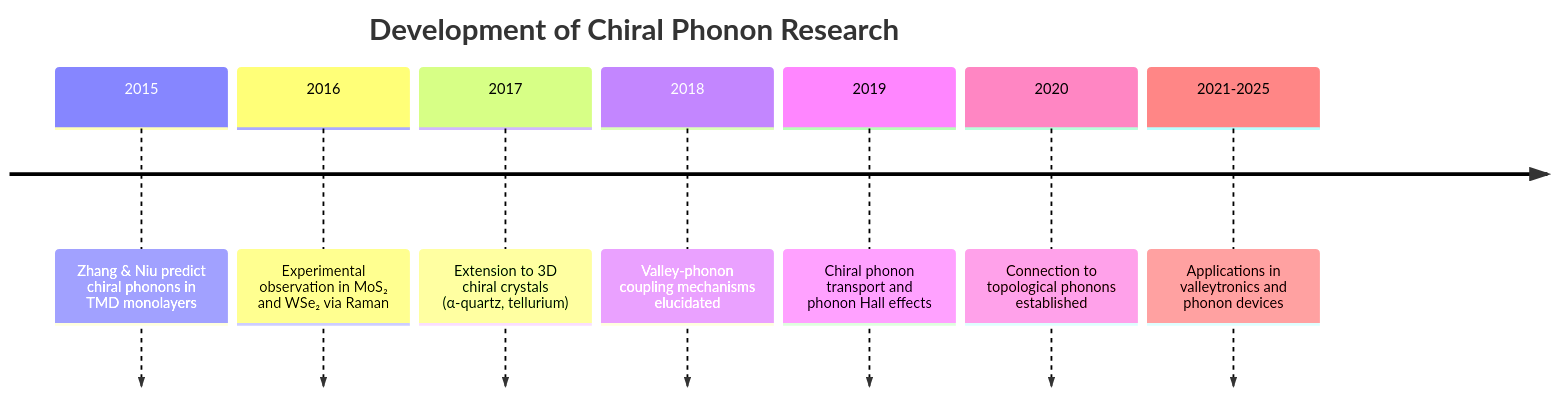
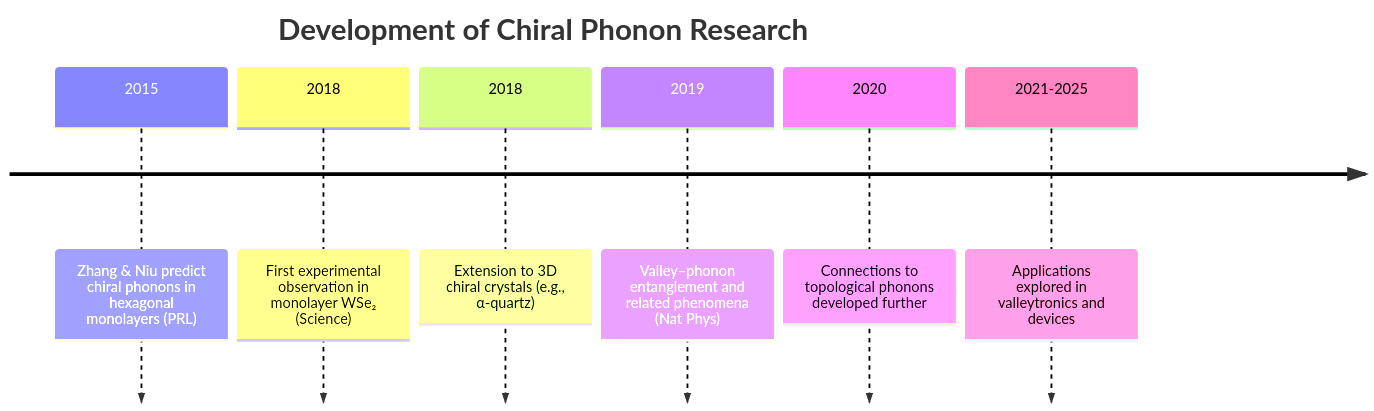
One commit to YusukeHashimotoLab/AI-Knowledge-Notes changed the first of 2 diagrams in knowledge/en/MS/chiral-phonons/chapter-1.md. Above: the diagram before and after it, drawn with Mermaid. The commit also changed other lines of this file and 7 other files, not shown here.

First line of the commit message:
fix(chiral-phonons): Correct factual errors in EN/JP versions

````diff
--- a/knowledge/en/MS/chiral-phonons/chapter-1.md
+++ b/knowledge/en/MS/chiral-phonons/chapter-1.md
@@ -58,11 +58,10 @@
 ```mermaid
 timeline
     title Development of Chiral Phonon Research
-    2015 : Zhang & Niu predict chiral phonons in TMD monolayers
-    2016 : Experimental observation in MoS₂ and WSe₂ via Raman
-    2017 : Extension to 3D chiral crystals (α-quartz, tellurium)
-    2018 : Valley-phonon coupling mechanisms elucidated
-    2019 : Chiral phonon transport and phonon Hall effects
-    2020 : Connection to topological phonons established
-    2021-2025 : Applications in valleytronics and phonon devices
+    2015 : Zhang & Niu predict chiral phonons in hexagonal monolayers (PRL)
+    2018 : First experimental observation in monolayer WSe₂ (Science)
+    2018 : Extension to 3D chiral crystals (e.g., α-quartz)
+    2019 : Valley–phonon entanglement and related phenomena (Nat Phys)
+    2020 : Connections to topological phonons developed further
+    2021-2025 : Applications explored in valleytronics and devices
 ```
````
